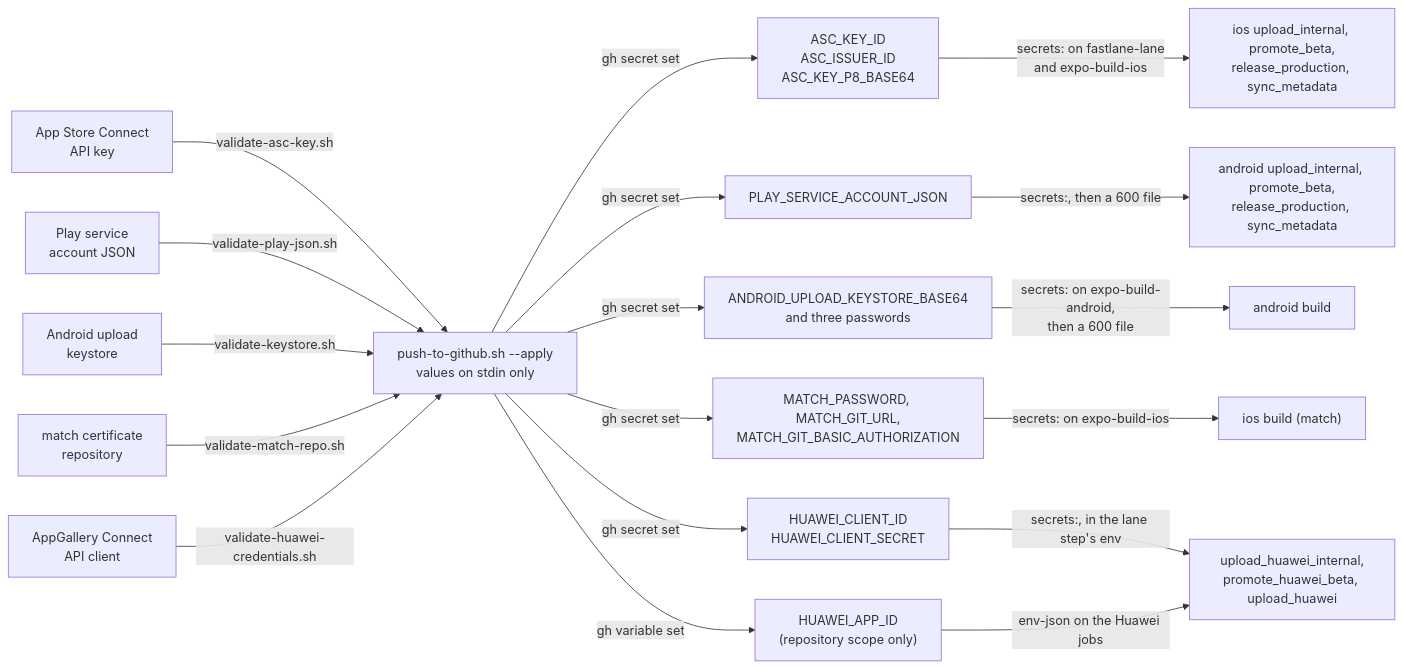
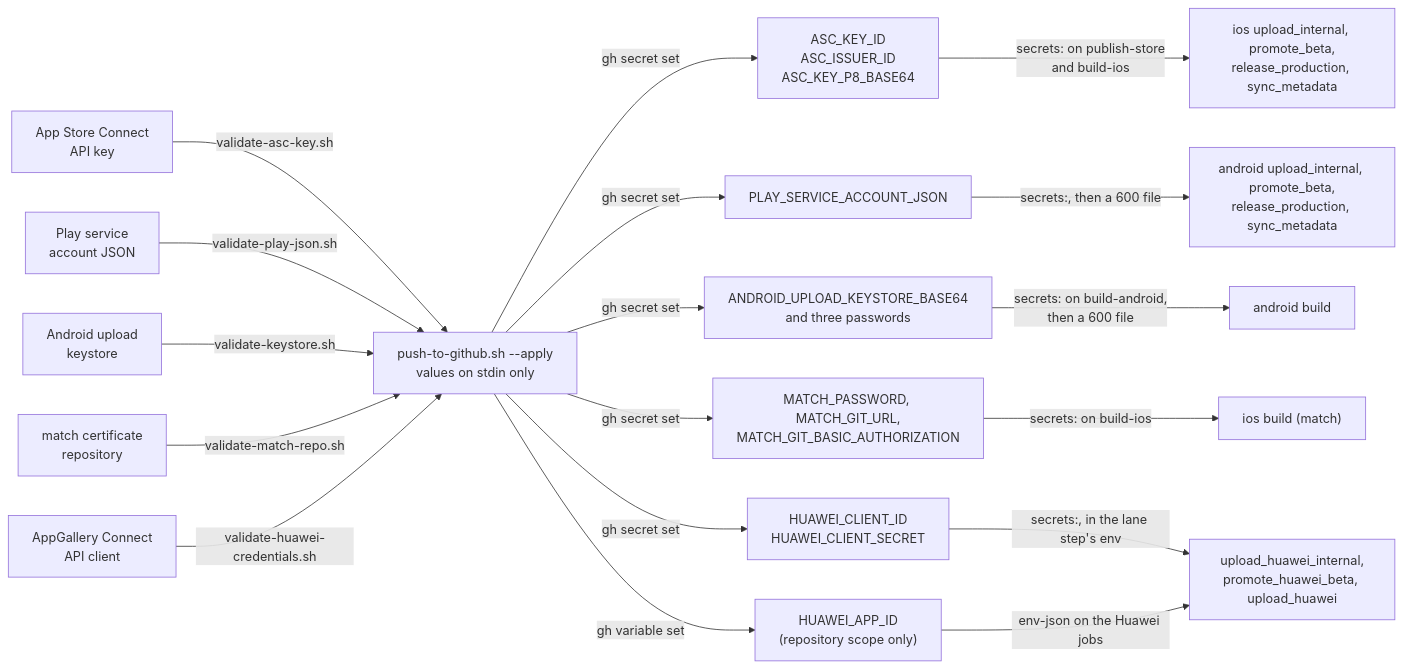
The diagram in docs/store-accounts.md (blinkbitcoin/react-native-mobile-template), drawn with Mermaid before and after one commit. The commit also changed 54 other files, not shown here.

````diff
--- a/docs/store-accounts.md
+++ b/docs/store-accounts.md
@@ -301,24 +301,24 @@
 ```mermaid
 flowchart LR
   c1["App Store Connect<br/>API key"] -->|"validate-asc-key.sh"| push
   c2["Play service<br/>account JSON"] -->|"validate-play-json.sh"| push
   c3["Android upload<br/>keystore"] -->|"validate-keystore.sh"| push
   c4["match certificate<br/>repository"] -->|"validate-match-repo.sh"| push
   c5["AppGallery Connect<br/>API client"] -->|"validate-huawei-credentials.sh"| push
 
   push["push-to-github.sh --apply<br/>values on stdin only"]
 
   push -->|"gh secret set"| s1["ASC_KEY_ID<br/>ASC_ISSUER_ID<br/>ASC_KEY_P8_BASE64"]
   push -->|"gh secret set"| s2["PLAY_SERVICE_ACCOUNT_JSON"]
   push -->|"gh secret set"| s3["ANDROID_UPLOAD_KEYSTORE_BASE64<br/>and three passwords"]
   push -->|"gh secret set"| s4["MATCH_PASSWORD, MATCH_GIT_URL,<br/>MATCH_GIT_BASIC_AUTHORIZATION"]
   push -->|"gh secret set"| s5["HUAWEI_CLIENT_ID<br/>HUAWEI_CLIENT_SECRET"]
   push -->|"gh variable set"| v1["HUAWEI_APP_ID<br/>(repository scope only)"]
 
-  s1 -->|"secrets: on fastlane-lane<br/>and expo-build-ios"| l1["ios upload_internal, promote_beta,<br/>release_production, sync_metadata"]
+  s1 -->|"secrets: on publish-store<br/>and build-ios"| l1["ios upload_internal, promote_beta,<br/>release_production, sync_metadata"]
   s2 -->|"secrets:, then a 600 file"| l2["android upload_internal, promote_beta,<br/>release_production, sync_metadata"]
-  s3 -->|"secrets: on expo-build-android,<br/>then a 600 file"| l3["android build"]
-  s4 -->|"secrets: on expo-build-ios"| l4["ios build (match)"]
+  s3 -->|"secrets: on build-android,<br/>then a 600 file"| l3["android build"]
+  s4 -->|"secrets: on build-ios"| l4["ios build (match)"]
   s5 -->|"secrets:, in the lane step's env"| l5["upload_huawei_internal,<br/>promote_huawei_beta, upload_huawei"]
   v1 -->|"env-json on the Huawei jobs"| l5
 ```
````
